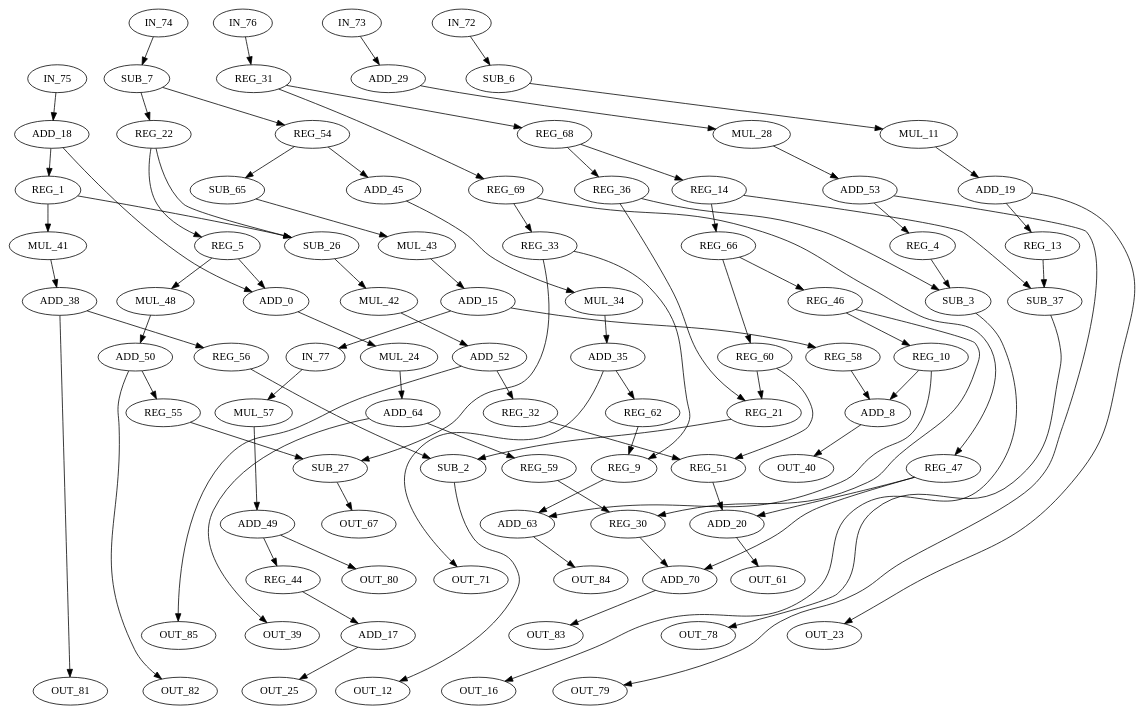
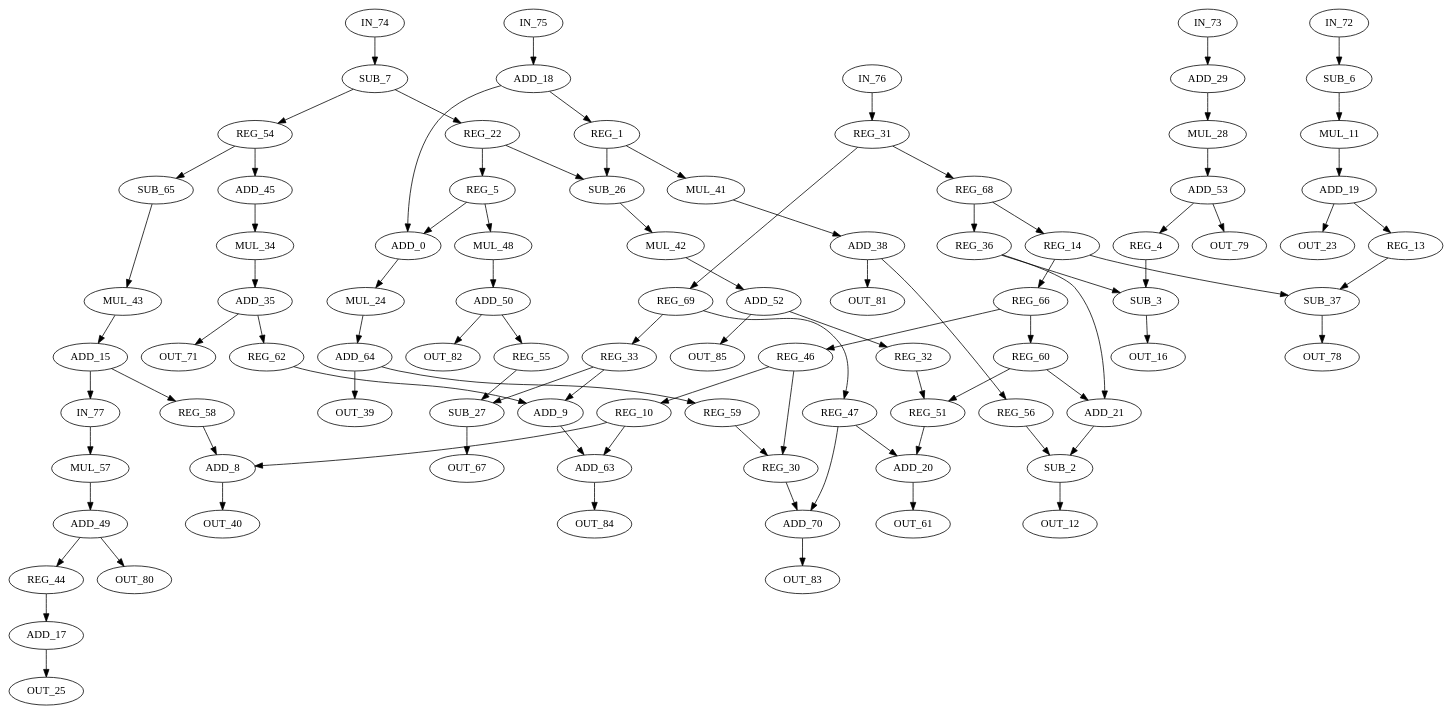
Before and after one commit to jeronimopenha/traversal_project: the diagram in cpu_mapping/bench/m_bench/dac/collapse_pyr.dot, drawn with Graphviz. The commit also changed 5 other files, not shown here.

```diff
--- a/cpu_mapping/bench/m_bench/dac/collapse_pyr.dot
+++ b/cpu_mapping/bench/m_bench/dac/collapse_pyr.dot
@@ -1,184 +1,184 @@
 digraph collapse_pyr {
     0 [label = ADD_0 op = add ] ;
     1 [label = REG_1 op = reg ] ;
     2 [label = SUB_2 op = sub ] ;
     3 [label = SUB_3 op = sub ] ;
     4 [label = REG_4 op = reg ] ;
     5 [label = REG_5 op = reg ] ;
     6 [label = SUB_6 op = subi value = 2 ] ;
     7 [label = SUB_7 op = subi value = 2 ] ;
     8 [label = ADD_8 op = add ] ;
-    9 [label = REG_9 op = reg ] ;
+    9 [label = ADD_9 op = add ] ;
     10 [label = REG_10 op = reg ]; 
     11 [label = MUL_11 op = muli value = 2 ] ;
     12 [label = OUT_12 op = out ] ;
     13 [label = REG_13 op = reg ] ;
     14 [label = REG_14 op = reg ] ;
     15 [label = ADD_15 op = addi value = 2 ] ;
     16 [label = OUT_16 op = out ] ;
     17 [label = ADD_17 op = addi value = 2 ] ;
     18 [label = ADD_18 op = addi value = 2 ] ;
     19 [label = ADD_19 op = addi value = 2 ] ;
     20 [label = ADD_20 op = add ] ;
-    21 [label = REG_21 op = REG ] ;
+    21 [label = ADD_21 op = add ] ;
     22 [label = REG_22 op = reg ] ;
     23 [label = OUT_23 op = OUT ] ;
     24 [label = MUL_24 op = muli value = 2 ] ;
     25 [label = OUT_25 op = OUT ] ;
     26 [label = SUB_26 op = sub ] ;
     27 [label = SUB_27 op = sub ] ;
     28 [label = MUL_28 op = muli value = 2 ] ;
     29 [label = ADD_29 op = addi value = 2 ] ;
     30 [label = REG_30 op = reg ] ;
     31 [label = REG_31 op = reg ] ;
     32 [label = REG_32 op = reg ] ;
     33 [label = REG_33 op = reg ] ;
     34 [label = MUL_34 op = muli value = 2 ] ;
     35 [label = ADD_35 op = addi value = 2 ] ;
     36 [label = REG_36 op = reg ] ;
     37 [label = SUB_37 op = sub ] ;
     38 [label = ADD_38 op = addi value = 2 ] ;
     39 [label = OUT_39 op = out ] ;
     40 [label = OUT_40 op = out ] ;
     41 [label = MUL_41 op = muli value = 2 ] ;
     42 [label = MUL_42 op = muli value = 2 ] ;
     43 [label = MUL_43 op = muli value = 2 ] ;
     44 [label = REG_44 op = reg ] ;
     45 [label = ADD_45 op = addi value = 2 ] ;
     46 [label = REG_46 op = reg ] ;
     47 [label = REG_47 op = reg ] ;
     48 [label = MUL_48 op = muli value = 2 ] ;
     49 [label = ADD_49 op = addi value = 2 ] ;
     50 [label = ADD_50 op = addi value = 2 ] ;
     51 [label = REG_51 op = reg ] ;
     52 [label = ADD_52 op = addi value = 2 ] ;
     53 [label = ADD_53 op = addi value = 2 ] ;
     54 [label = REG_54 op = reg ] ;
     55 [label = REG_55 op = reg ] ;
     56 [label = REG_56 op = reg ] ;
     57 [label = MUL_57 op = muli value = 2 ] ;
     58 [label = REG_58 op = reg ] ;
     59 [label = REG_59 op = reg ] ;
     60 [label = REG_60 op = reg ] ;
     61 [label = OUT_61 op = out ] ;
     62 [label = REG_62 op = reg ] ;
     63 [label = ADD_63 op = add ] ;
     64 [label = ADD_64 op = addi value = 2 ] ;
     65 [label = SUB_65 op = subi value = 2 ] ;
     66 [label = REG_66 op = reg ] ;
     67 [label = OUT_67 op = out ] ;
     68 [label = REG_68 op = reg ] ;
     69 [label = REG_69 op = reg ] ;
     70 [label = ADD_70 op = add ] ;
     71 [label = OUT_71 op = out ] ;
     72 [label = IN_72 op = in ] ;
     73 [label = IN_73 op = in ] ;
     74 [label = IN_74 op = in ] ;
     75 [label = IN_75 op = in ] ;
     76 [label = IN_76 op = in ] ;
     77 [label = IN_77 op = in ] ;
     78 [label = OUT_78 op = out ] ;
     79 [label = OUT_79 op = out ] ;
     80 [label = OUT_80 op = out ] ;
     81 [label = OUT_81 op = out ] ;
     82 [label = OUT_82 op = out ] ;
     83 [label = OUT_83 op = out ] ;
     84 [label = OUT_84 op = out ] ;
     85 [label = OUT_85 op = out ] ;
     
-    5 -> 0 [port = 0  weight = 0 ] ;
-    18 -> 0 [port = 1  weight = 0 ] ;
-    18 -> 1 [port = 0  weight = 0 ] ;
-    21 -> 2 [port = 0  weight = 0 ] ;
-    56 -> 2 [port = 1  weight = 0 ] ;
-    4 -> 3 [port = 0  weight = 0 ] ;
-    36 -> 3 [port = 1  weight = 0 ] ;
-    53 -> 4 [port = 0  weight = 0 ] ;
-    22 -> 5 [port = 0  weight = 0 ] ;
-    72 -> 6 [port = 0  weight = 0 ] ;
-    74 -> 7 [port = 0  weight = 0 ] ;
-    10 -> 8 [port = 0  weight = 0 ] ;
-    58 -> 8 [port = 1  weight = 0 ] ;
-    33 -> 9 [port = 0  weight = 0 ] ;
-    62 -> 9 [port = 1  weight = 0 ] ;
-    46 -> 10 [port = 0  weight = 0 ] ;
-    6 -> 11 [port = 0  weight = 0 ] ;
-    2 -> 12 [port = 0  weight = 0 ] ;
-    38 -> 81 [port = 0  weight = 0 ] ;
-    19 -> 13 [port = 0  weight = 0 ] ;
-    68 -> 14 [port = 0  weight = 0 ] ;
-    43 -> 15 [port = 0  weight = 0 ] ;
-    3 -> 16 [port = 0  weight = 0 ] ;
-    53 -> 79 [port = 0  weight = 0 ] ;
-    44 -> 17 [port = 0  weight = 0 ] ;
-    75 -> 18 [port = 0  weight = 0 ] ;
-    11 -> 19 [port = 0  weight = 0 ] ;
-    47 -> 20 [port = 0  weight = 0 ] ;
-    51 -> 20 [port = 1  weight = 0 ] ;
-    36 -> 21 [port = 0  weight = 0 ] ;
-    60 -> 21 [port = 1  weight = 0 ] ;
-    7 -> 22 [port = 0  weight = 0 ] ;
-    19 -> 23 [port = 0  weight = 0 ] ;
-    37 -> 78 [port = 0  weight = 0 ] ;
-    0 -> 24 [port = 0  weight = 0 ] ;
-    17 -> 25 [port = 0  weight = 0 ] ;
-    49 -> 80 [port = 0  weight = 0 ] ;
-    1 -> 26 [port = 0  weight = 0 ] ;
-    22 -> 26 [port = 1  weight = 0 ] ;
-    33 -> 27 [port = 0  weight = 0 ] ;
-    55 -> 27 [port = 1  weight = 0 ] ;
-    29 -> 28 [port = 0  weight = 0 ] ;
-    73 -> 29 [port = 0  weight = 0 ] ;
-    46 -> 30 [port = 0  weight = 0 ] ;
-    59 -> 30 [port = 1  weight = 0 ] ;
-    76 -> 31 [port = 0  weight = 0 ] ;
-    52 -> 32 [port = 0  weight = 0 ] ;
-    69 -> 33 [port = 0  weight = 0 ] ;
-    45 -> 34 [port = 0  weight = 0 ] ;
-    34 -> 35 [port = 0  weight = 0 ] ;
-    68 -> 36 [port = 0  weight = 0 ] ;
-    13 -> 37 [port = 0  weight = 0 ] ;
-    14 -> 37 [port = 1  weight = 0 ] ;
-    41 -> 38 [port = 0  weight = 0 ] ;
-    64 -> 39 [port = 0  weight = 0 ] ;
-    70 -> 83 [port = 0  weight = 0 ] ;
-    8 -> 40 [port = 0  weight = 0 ] ;
-    15 -> 77 [port = 0  weight = 0 ] ;
-    1 -> 41 [port = 0  weight = 0 ] ;
-    26 -> 42 [port = 0  weight = 0 ] ;
-    65 -> 43 [port = 0  weight = 0 ] ;
-    49 -> 44 [port = 0  weight = 0 ]; 
-    54 -> 45 [port = 0  weight = 0 ] ;
-    66 -> 46 [port = 0  weight = 0 ] ;
-    69 -> 47 [port = 0  weight = 0 ]; 
-    5 -> 48 [port = 0  weight = 0 ] ;
-    57 -> 49 [port = 0  weight = 0 ] ;
-    48 -> 50 [port = 0  weight = 0 ] ;
-    32 -> 51 [port = 0  weight = 0 ] ;
-    60 -> 51 [port = 1  weight = 0 ] ;
-    42 -> 52 [port = 0  weight = 0 ] ;
-    28 -> 53 [port = 0  weight = 0 ] ;
-    7 -> 54 [port = 0  weight = 0 ] ;
-    50 -> 55 [port = 0  weight = 0 ] ;
-    38 -> 56 [port = 0  weight = 0 ] ;
-    77 -> 57 [port = 0  weight = 0 ] ;
-    15 -> 58 [port = 0  weight = 0 ] ;
-    64 -> 59 [port = 0  weight = 0 ] ;
-    66 -> 60 [port = 0  weight = 0 ] ;
-    20 -> 61 [port = 0  weight = 0 ] ;
-    52 -> 85 [port = 0  weight = 0 ] ;
-    35 -> 62 [port = 0  weight = 0 ] ;
-    9 -> 63 [port = 0  weight = 0 ] ;
-    10 -> 63 [port = 1  weight = 0 ] ;
-    24 -> 64 [port = 0  weight = 0 ] ;
-    54 -> 65 [port = 0  weight = 0 ] ;
-    14 -> 66 [port = 0  weight = 0 ] ;
-    27 -> 67 [port = 0  weight = 0 ] ;
-    50 -> 82 [port = 0  weight = 0 ] ;
-    31 -> 68 [port = 0  weight = 0 ] ;
-    31 -> 69 [port = 0  weight = 0 ] ;
-    30 -> 70 [port = 0  weight = 0 ] ;
-    47 -> 70 [port = 1  weight = 0 ] ;
-    35 -> 71 [port = 0  weight = 0 ] ;
-    63 -> 84 [port = 0  weight = 0 ] ;
+    5 -> 0 [port = 0  w = 0 ] ;
+    18 -> 0 [port = 1  w = 0 ] ;
+    18 -> 1 [port = 0  w = 0 ] ;
+    21 -> 2 [port = 0  w = 0 ] ;
+    56 -> 2 [port = 1  w = 0 ] ;
+    4 -> 3 [port = 0  w = 0 ] ;
+    36 -> 3 [port = 1  w = 0 ] ;
+    53 -> 4 [port = 0  w = 0 ] ;
+    22 -> 5 [port = 0  w = 0 ] ;
+    72 -> 6 [port = 0  w = 0 ] ;
+    74 -> 7 [port = 0  w = 0 ] ;
+    10 -> 8 [port = 0  w = 0 ] ;
+    58 -> 8 [port = 1  w = 0 ] ;
+    33 -> 9 [port = 0  w = 0 ] ;
+    62 -> 9 [port = 1  w = 0 ] ;
+    46 -> 10 [port = 0  w = 0 ] ;
+    6 -> 11 [port = 0  w = 0 ] ;
+    2 -> 12 [port = 0  w = 0 ] ;
+    38 -> 81 [port = 0  w = 0 ] ;
+    19 -> 13 [port = 0  w = 0 ] ;
+    68 -> 14 [port = 0  w = 0 ] ;
+    43 -> 15 [port = 0  w = 0 ] ;
+    3 -> 16 [port = 0  w = 0 ] ;
+    53 -> 79 [port = 0  w = 0 ] ;
+    44 -> 17 [port = 0  w = 0 ] ;
+    75 -> 18 [port = 0  w = 0 ] ;
+    11 -> 19 [port = 0  w = 0 ] ;
+    47 -> 20 [port = 0  w = 0 ] ;
+    51 -> 20 [port = 1  w = 0 ] ;
+    36 -> 21 [port = 0  w = 0 ] ;
+    60 -> 21 [port = 1  w = 0 ] ;
+    7 -> 22 [port = 0  w = 0 ] ;
+    19 -> 23 [port = 0  w = 0 ] ;
+    37 -> 78 [port = 0  w = 0 ] ;
+    0 -> 24 [port = 0  w = 0 ] ;
+    17 -> 25 [port = 0  w = 0 ] ;
+    49 -> 80 [port = 0  w = 0 ] ;
+    1 -> 26 [port = 0  w = 0 ] ;
+    22 -> 26 [port = 1  w = 0 ] ;
+    33 -> 27 [port = 0  w = 0 ] ;
+    55 -> 27 [port = 1  w = 0 ] ;
+    29 -> 28 [port = 0  w = 0 ] ;
+    73 -> 29 [port = 0  w = 0 ] ;
+    46 -> 30 [port = 0  w = 0 ] ;
+    59 -> 30 [port = 1  w = 0 ] ;
+    76 -> 31 [port = 0  w = 0 ] ;
+    52 -> 32 [port = 0  w = 0 ] ;
+    69 -> 33 [port = 0  w = 0 ] ;
+    45 -> 34 [port = 0  w = 0 ] ;
+    34 -> 35 [port = 0  w = 0 ] ;
+    68 -> 36 [port = 0  w = 0 ] ;
+    13 -> 37 [port = 0  w = 0 ] ;
+    14 -> 37 [port = 1  w = 0 ] ;
+    41 -> 38 [port = 0  w = 0 ] ;
+    64 -> 39 [port = 0  w = 0 ] ;
+    70 -> 83 [port = 0  w = 0 ] ;
+    8 -> 40 [port = 0  w = 0 ] ;
+    15 -> 77 [port = 0  w = 0 ] ;
+    1 -> 41 [port = 0  w = 0 ] ;
+    26 -> 42 [port = 0  w = 0 ] ;
+    65 -> 43 [port = 0  w = 0 ] ;
+    49 -> 44 [port = 0  w = 0 ];
+    54 -> 45 [port = 0  w = 0 ] ;
+    66 -> 46 [port = 0  w = 0 ] ;
+    69 -> 47 [port = 0  w = 0 ];
+    5 -> 48 [port = 0  w = 0 ] ;
+    57 -> 49 [port = 0  w = 0 ] ;
+    48 -> 50 [port = 0  w = 0 ] ;
+    32 -> 51 [port = 0  w = 0 ] ;
+    60 -> 51 [port = 1  w = 0 ] ;
+    42 -> 52 [port = 0  w = 0 ] ;
+    28 -> 53 [port = 0  w = 0 ] ;
+    7 -> 54 [port = 0  w = 0 ] ;
+    50 -> 55 [port = 0  w = 0 ] ;
+    38 -> 56 [port = 0  w = 0 ] ;
+    77 -> 57 [port = 0  w = 0 ] ;
+    15 -> 58 [port = 0  w = 0 ] ;
+    64 -> 59 [port = 0  w = 0 ] ;
+    66 -> 60 [port = 0  w = 0 ] ;
+    20 -> 61 [port = 0  w = 0 ] ;
+    52 -> 85 [port = 0  w = 0 ] ;
+    35 -> 62 [port = 0  w = 0 ] ;
+    9 -> 63 [port = 0  w = 0 ] ;
+    10 -> 63 [port = 1  w = 0 ] ;
+    24 -> 64 [port = 0  w = 0 ] ;
+    54 -> 65 [port = 0  w = 0 ] ;
+    14 -> 66 [port = 0  w = 0 ] ;
+    27 -> 67 [port = 0  w = 0 ] ;
+    50 -> 82 [port = 0  w = 0 ] ;
+    31 -> 68 [port = 0  w = 0 ] ;
+    31 -> 69 [port = 0  w = 0 ] ;
+    30 -> 70 [port = 0  w = 0 ] ;
+    47 -> 70 [port = 1  w = 0 ] ;
+    35 -> 71 [port = 0  w = 0 ] ;
+    63 -> 84 [port = 0  w = 0 ] ;
 }
```
